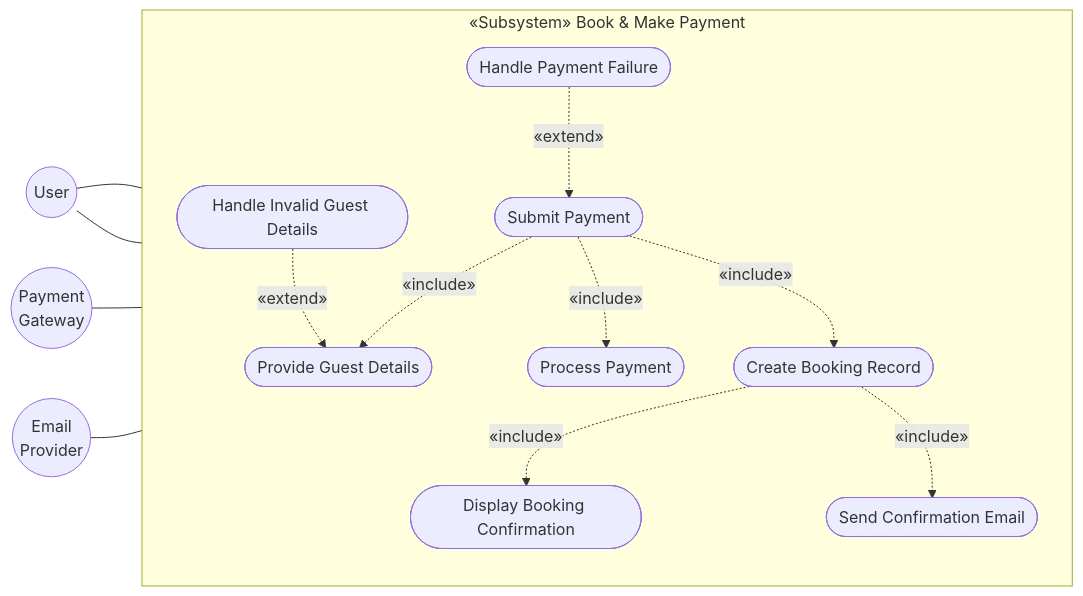
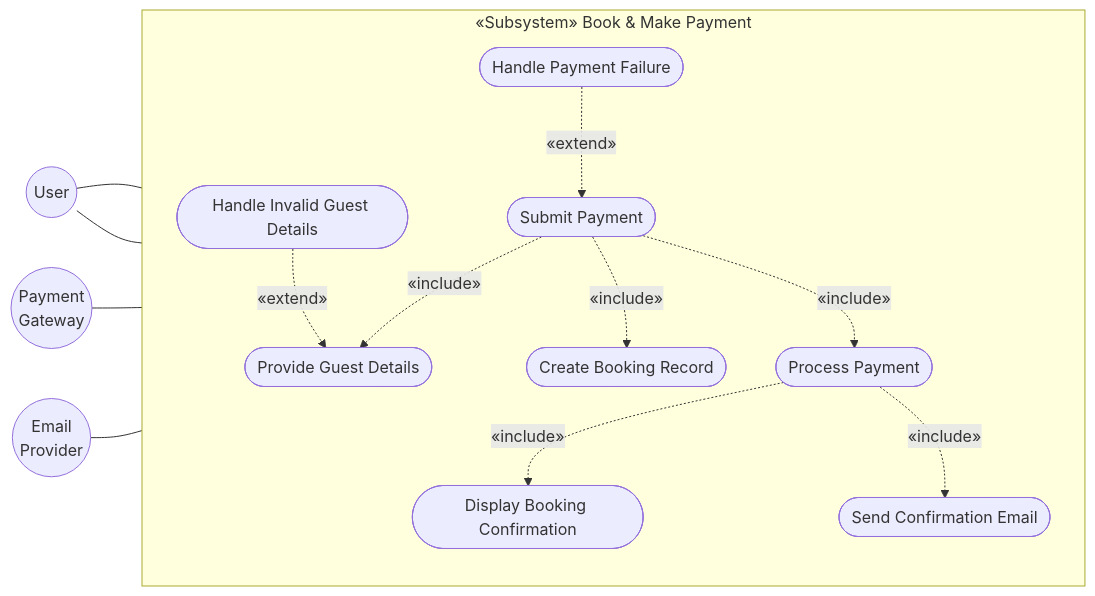
Before and after one commit to nikowee/transcenda-hotels: the first of 3 diagrams in docs/UC4-Book-And-Make-Payment.md, drawn with Mermaid. The commit also changed other lines of this file and 17 other files, not shown here.

First line of the commit message:
feat(booking): UC4 book & make payment flow

````diff
--- a/docs/UC4-Book-And-Make-Payment.md
+++ b/docs/UC4-Book-And-Make-Payment.md
@@ -37,32 +51,32 @@
 ```mermaid
 flowchart LR
     User(("User"))
     Gateway(("Payment<br/>Gateway"))
     Mailer(("Email<br/>Provider"))
 
     subgraph SUB["&laquo;Subsystem&raquo; Book &amp; Make Payment"]
         direction TB
         Guest(["Provide Guest Details"])
         Submit(["Submit Payment"])
         Process(["Process Payment"])
         Create(["Create Booking Record"])
         Display(["Display Booking Confirmation"])
         Email(["Send Confirmation Email"])
         BadGuest(["Handle Invalid Guest Details"])
         BadPay(["Handle Payment Failure"])
     end
 
     User --- Guest
     User --- Submit
     Gateway --- Process
     Mailer --- Email
 
     Submit -. "&laquo;include&raquo;" .-> Guest
+    Submit -. "&laquo;include&raquo;" .-> Create
     Submit -. "&laquo;include&raquo;" .-> Process
-    Submit -. "&laquo;include&raquo;" .-> Create
-    Create -. "&laquo;include&raquo;" .-> Display
-    Create -. "&laquo;include&raquo;" .-> Email
+    Process -. "&laquo;include&raquo;" .-> Display
+    Process -. "&laquo;include&raquo;" .-> Email
 
     BadGuest -. "&laquo;extend&raquo;" .-> Guest
     BadPay -. "&laquo;extend&raquo;" .-> Submit
 ```
````
